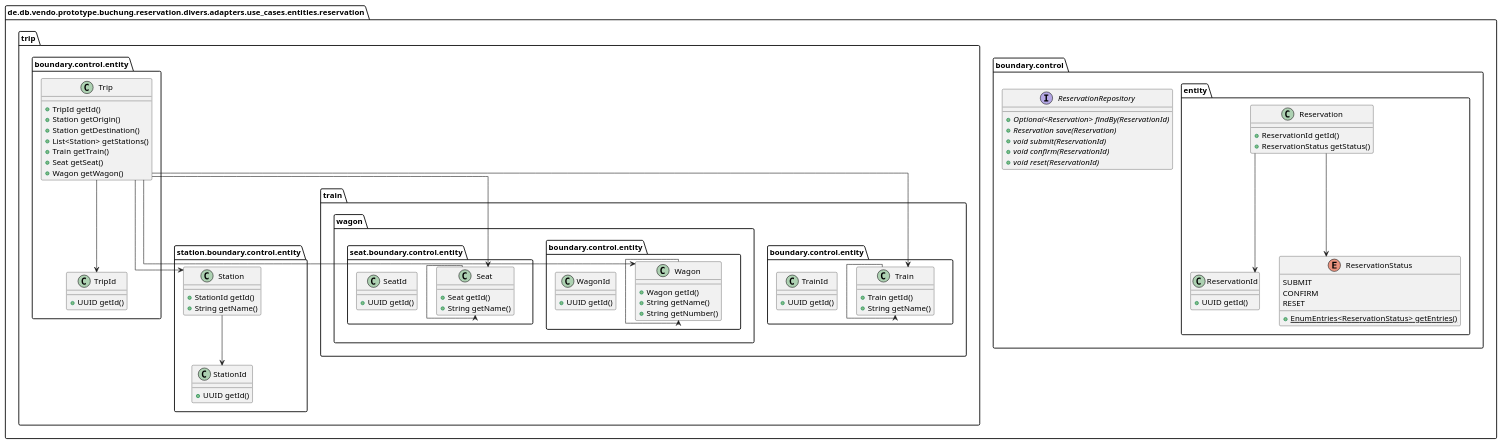
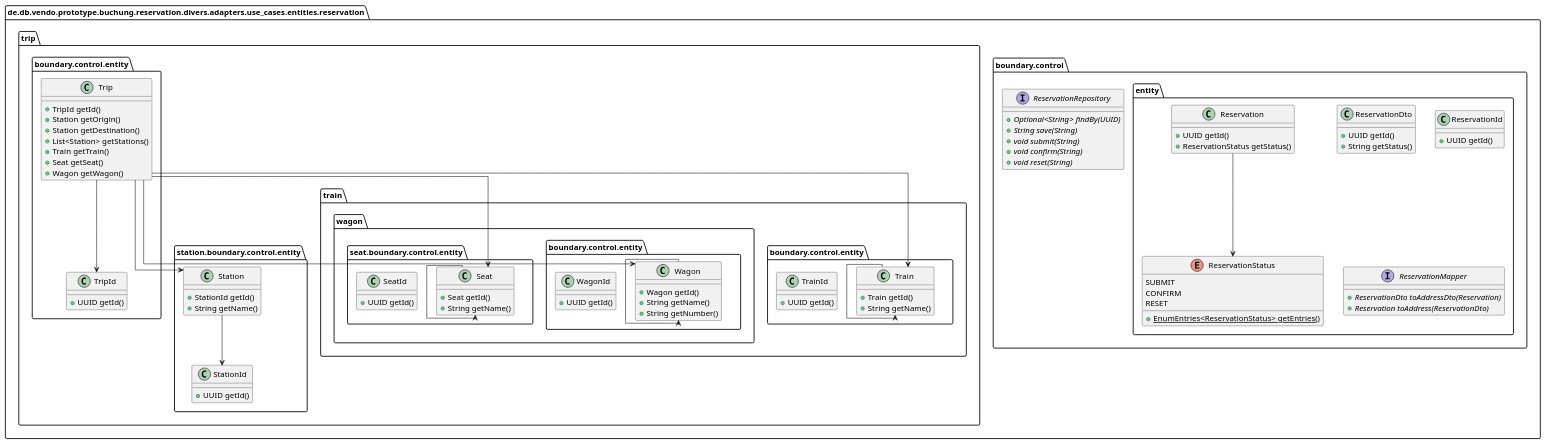
One commit to punkratz312/reservation-proto changed the diagram in doc/uml/puml/er-model.puml. Above: the diagram before and after it, drawn with PlantUML. The commit also changed 13 other files, not shown here.

```diff
--- a/doc/uml/puml/er-model.puml
+++ b/doc/uml/puml/er-model.puml
@@ -1,79 +1,86 @@
 @startuml
 !pragma useIntermediatePackages false
 skinparam linetype ortho
 show stereotype
 
 interface "ReservationRepository" as de.db.vendo.prototype.buchung.reservation.divers.adapters.use_cases.entities.reservation.boundary.control.ReservationRepository {
-  + {abstract}Optional<Reservation> findBy(ReservationId)
-  + {abstract}Reservation save(Reservation)
-  + {abstract}void submit(ReservationId)
-  + {abstract}void confirm(ReservationId)
-  + {abstract}void reset(ReservationId)
+  + {abstract}Optional<String> findBy(UUID)
+  + {abstract}String save(String)
+  + {abstract}void submit(String)
+  + {abstract}void confirm(String)
+  + {abstract}void reset(String)
 }
 class "Reservation" as de.db.vendo.prototype.buchung.reservation.divers.adapters.use_cases.entities.reservation.boundary.control.entity.Reservation {
-  +ReservationId getId()
+  +UUID getId()
   +ReservationStatus getStatus()
+}
+class "ReservationDto" as de.db.vendo.prototype.buchung.reservation.divers.adapters.use_cases.entities.reservation.boundary.control.entity.ReservationDto {
+  +UUID getId()
+  +String getStatus()
 }
 class "ReservationId" as de.db.vendo.prototype.buchung.reservation.divers.adapters.use_cases.entities.reservation.boundary.control.entity.ReservationId {
   +UUID getId()
+}
+interface "ReservationMapper" as de.db.vendo.prototype.buchung.reservation.divers.adapters.use_cases.entities.reservation.boundary.control.entity.ReservationMapper {
+  + {abstract}ReservationDto toAddressDto(Reservation)
+  + {abstract}Reservation toAddress(ReservationDto)
 }
 enum "ReservationStatus" as de.db.vendo.prototype.buchung.reservation.divers.adapters.use_cases.entities.reservation.boundary.control.entity.ReservationStatus {
   SUBMIT
   CONFIRM
   RESET
   __
   + {static}EnumEntries<ReservationStatus> getEntries()
 }
 class "Trip" as de.db.vendo.prototype.buchung.reservation.divers.adapters.use_cases.entities.reservation.trip.boundary.control.entity.Trip {
   +TripId getId()
   +Station getOrigin()
   +Station getDestination()
   +List<Station> getStations()
   +Train getTrain()
   +Seat getSeat()
   +Wagon getWagon()
 }
 class "TripId" as de.db.vendo.prototype.buchung.reservation.divers.adapters.use_cases.entities.reservation.trip.boundary.control.entity.TripId {
   +UUID getId()
 }
 class "Station" as de.db.vendo.prototype.buchung.reservation.divers.adapters.use_cases.entities.reservation.trip.station.boundary.control.entity.Station {
   +StationId getId()
   +String getName()
 }
 class "StationId" as de.db.vendo.prototype.buchung.reservation.divers.adapters.use_cases.entities.reservation.trip.station.boundary.control.entity.StationId {
   +UUID getId()
 }
 class "Train" as de.db.vendo.prototype.buchung.reservation.divers.adapters.use_cases.entities.reservation.trip.train.boundary.control.entity.Train {
   +Train getId()
   +String getName()
 }
 class "TrainId" as de.db.vendo.prototype.buchung.reservation.divers.adapters.use_cases.entities.reservation.trip.train.boundary.control.entity.TrainId {
   +UUID getId()
 }
 class "Wagon" as de.db.vendo.prototype.buchung.reservation.divers.adapters.use_cases.entities.reservation.trip.train.wagon.boundary.control.entity.Wagon {
   +Wagon getId()
   +String getName()
   +String getNumber()
 }
 class "WagonId" as de.db.vendo.prototype.buchung.reservation.divers.adapters.use_cases.entities.reservation.trip.train.wagon.boundary.control.entity.WagonId {
   +UUID getId()
 }
 class "Seat" as de.db.vendo.prototype.buchung.reservation.divers.adapters.use_cases.entities.reservation.trip.train.wagon.seat.boundary.control.entity.Seat {
   +Seat getId()
   +String getName()
 }
 class "SeatId" as de.db.vendo.prototype.buchung.reservation.divers.adapters.use_cases.entities.reservation.trip.train.wagon.seat.boundary.control.entity.SeatId {
   +UUID getId()
 }
-de.db.vendo.prototype.buchung.reservation.divers.adapters.use_cases.entities.reservation.boundary.control.entity.Reservation --> de.db.vendo.prototype.buchung.reservation.divers.adapters.use_cases.entities.reservation.boundary.control.entity.ReservationId
 de.db.vendo.prototype.buchung.reservation.divers.adapters.use_cases.entities.reservation.boundary.control.entity.Reservation --> de.db.vendo.prototype.buchung.reservation.divers.adapters.use_cases.entities.reservation.boundary.control.entity.ReservationStatus
 de.db.vendo.prototype.buchung.reservation.divers.adapters.use_cases.entities.reservation.trip.boundary.control.entity.Trip --> de.db.vendo.prototype.buchung.reservation.divers.adapters.use_cases.entities.reservation.trip.boundary.control.entity.TripId
 de.db.vendo.prototype.buchung.reservation.divers.adapters.use_cases.entities.reservation.trip.boundary.control.entity.Trip --> de.db.vendo.prototype.buchung.reservation.divers.adapters.use_cases.entities.reservation.trip.station.boundary.control.entity.Station
 de.db.vendo.prototype.buchung.reservation.divers.adapters.use_cases.entities.reservation.trip.boundary.control.entity.Trip --> de.db.vendo.prototype.buchung.reservation.divers.adapters.use_cases.entities.reservation.trip.train.wagon.seat.boundary.control.entity.Seat
 de.db.vendo.prototype.buchung.reservation.divers.adapters.use_cases.entities.reservation.trip.boundary.control.entity.Trip --> de.db.vendo.prototype.buchung.reservation.divers.adapters.use_cases.entities.reservation.trip.train.boundary.control.entity.Train
 de.db.vendo.prototype.buchung.reservation.divers.adapters.use_cases.entities.reservation.trip.boundary.control.entity.Trip --> de.db.vendo.prototype.buchung.reservation.divers.adapters.use_cases.entities.reservation.trip.train.wagon.boundary.control.entity.Wagon
 de.db.vendo.prototype.buchung.reservation.divers.adapters.use_cases.entities.reservation.trip.station.boundary.control.entity.Station --> de.db.vendo.prototype.buchung.reservation.divers.adapters.use_cases.entities.reservation.trip.station.boundary.control.entity.StationId
 de.db.vendo.prototype.buchung.reservation.divers.adapters.use_cases.entities.reservation.trip.train.boundary.control.entity.Train --> de.db.vendo.prototype.buchung.reservation.divers.adapters.use_cases.entities.reservation.trip.train.boundary.control.entity.Train
 de.db.vendo.prototype.buchung.reservation.divers.adapters.use_cases.entities.reservation.trip.train.wagon.boundary.control.entity.Wagon --> de.db.vendo.prototype.buchung.reservation.divers.adapters.use_cases.entities.reservation.trip.train.wagon.boundary.control.entity.Wagon
 de.db.vendo.prototype.buchung.reservation.divers.adapters.use_cases.entities.reservation.trip.train.wagon.seat.boundary.control.entity.Seat --> de.db.vendo.prototype.buchung.reservation.divers.adapters.use_cases.entities.reservation.trip.train.wagon.seat.boundary.control.entity.Seat
 @enduml
```
